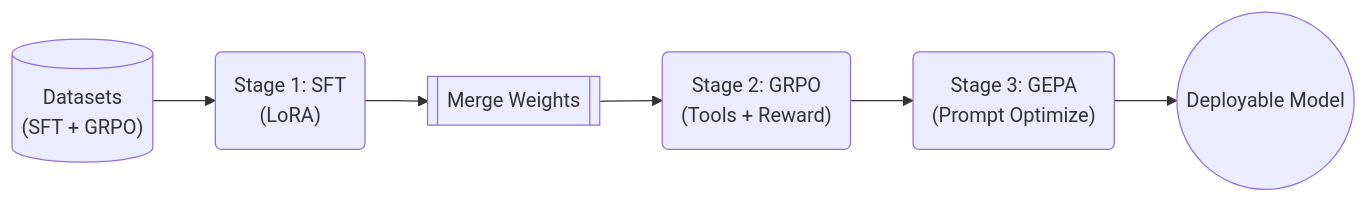
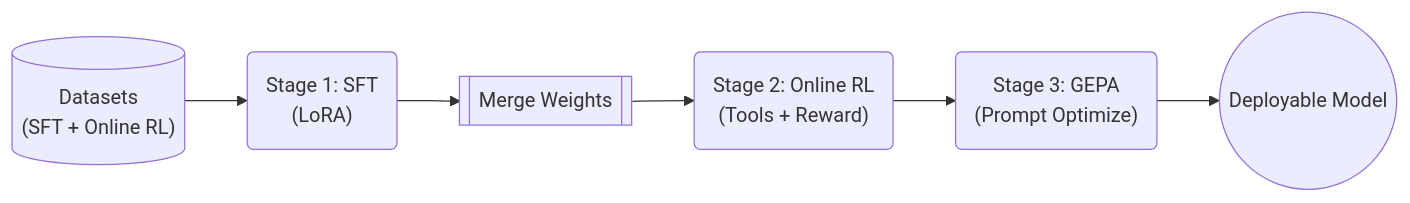
The second of 2 diagrams in docs/training.md (westonbrown/open-trajectory-gym), drawn with Mermaid before and after one commit. The commit also changed other lines of this file and 13 other files, not shown here.

````diff
--- a/docs/training.md
+++ b/docs/training.md
@@ -27,8 +27,8 @@
 ```mermaid
 flowchart LR
-    D[("Datasets<br/>(SFT + GRPO)")] --> S("Stage 1: SFT<br/>(LoRA)")
+    D[("Datasets<br/>(SFT + Online RL)")] --> S("Stage 1: SFT<br/>(LoRA)")
     S --> M[["Merge Weights"]]
-    M --> G("Stage 2: GRPO<br/>(Tools + Reward)")
+    M --> G("Stage 2: Online RL<br/>(Tools + Reward)")
     G --> P("Stage 3: GEPA<br/>(Prompt Optimize)")
     P --> F(("Deployable Model"))
 ```
````
